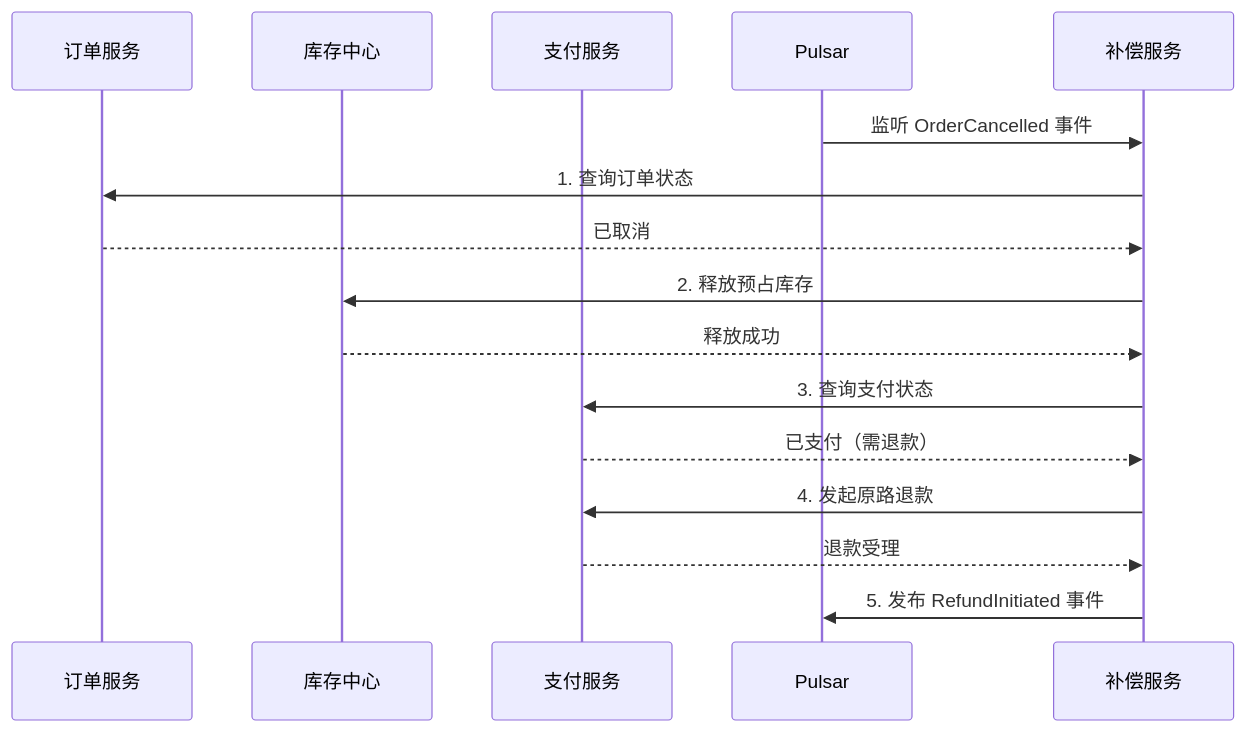
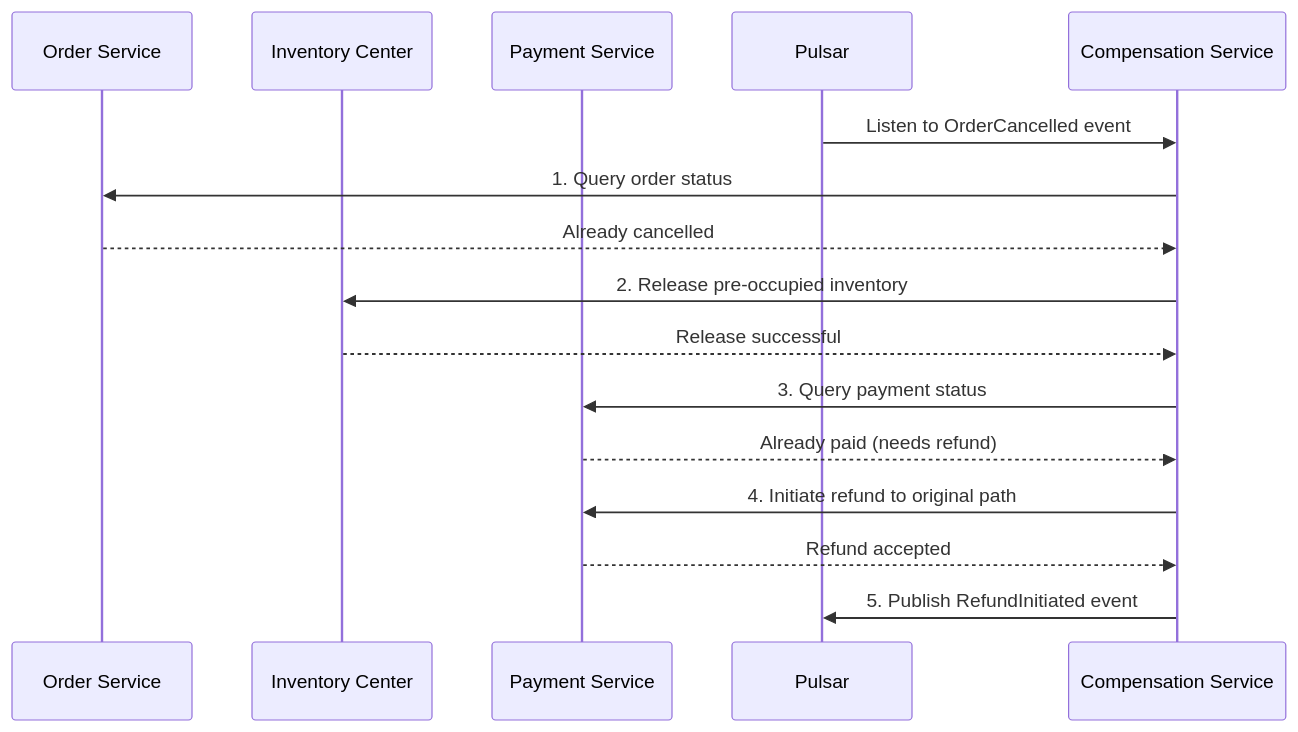
Before and after one commit to Kirky-X/cangjie: the tenth of 15 diagrams in templates/产品/技术层/【模板】架构设计文档.md, drawn with Mermaid. The commit also changed other lines of this file and 60 other files, not shown here.

````diff
--- a/templates/产品/技术层/【模板】架构设计文档.md
+++ b/templates/产品/技术层/【模板】架构设计文档.md
@@ -447,19 +447,19 @@
 ```mermaid
 sequenceDiagram
-    participant OS as 订单服务
-    participant ICS as 库存中心
-    participant PS as 支付服务
+    participant OS as Order Service
+    participant ICS as Inventory Center
+    participant PS as Payment Service
     participant MQ as Pulsar
-    participant CS as 补偿服务
+    participant CS as Compensation Service
 
-    MQ->>CS: 监听 OrderCancelled 事件
-    CS->>OS: 1. 查询订单状态
-    OS-->>CS: 已取消
-    CS->>ICS: 2. 释放预占库存
-    ICS-->>CS: 释放成功
-    CS->>PS: 3. 查询支付状态
-    PS-->>CS: 已支付（需退款）
-    CS->>PS: 4. 发起原路退款
-    PS-->>CS: 退款受理
-    CS->>MQ: 5. 发布 RefundInitiated 事件
+    MQ->>CS: Listen to OrderCancelled event
+    CS->>OS: 1. Query order status
+    OS-->>CS: Already cancelled
+    CS->>ICS: 2. Release pre-occupied inventory
+    ICS-->>CS: Release successful
+    CS->>PS: 3. Query payment status
+    PS-->>CS: Already paid (needs refund)
+    CS->>PS: 4. Initiate refund to original path
+    PS-->>CS: Refund accepted
+    CS->>MQ: 5. Publish RefundInitiated event
 ```
````
